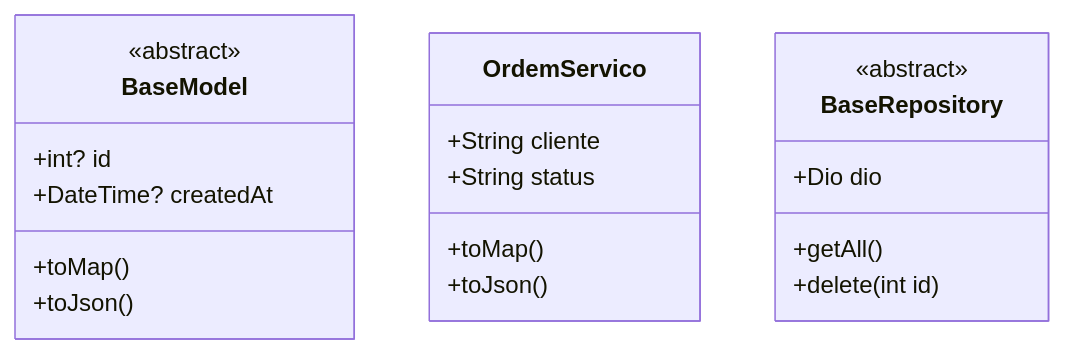
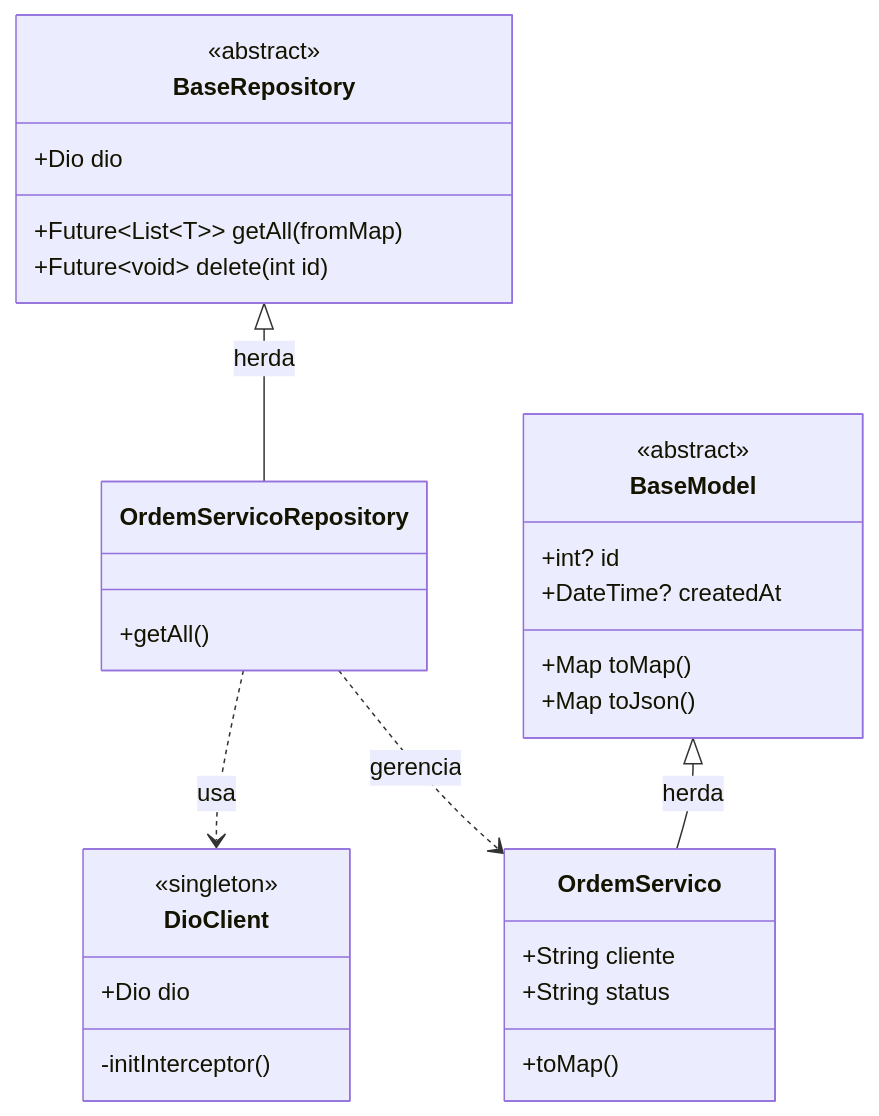
Before and after one commit to Diegonunes7/ads5-20261-serviceflow: the first of 3 diagrams in README.md, drawn with Mermaid. The commit also changed other lines of this file, not shown here.

First line of the commit message:
Revise class and component diagrams in README

````diff
--- a/README.md
+++ b/README.md
@@ -111,22 +111,39 @@
 ```mermaid
 classDiagram
+    %% Core
     class BaseModel {
         <<abstract>>
         +int? id
         +DateTime? createdAt
-        +toMap()
-        +toJson()
+        +Map toMap()
+        +Map toJson()
     }
+    class BaseRepository {
+        <<abstract>>
+        +Dio dio
+        +Future~List~T~~ getAll(fromMap)
+        +Future~void~ delete(int id)
+    }
+    class DioClient {
+        <<singleton>>
+        +Dio dio
+        -initInterceptor()
+    }
+
+    %% Features (Concretas)
     class OrdemServico {
         +String cliente
         +String status
         +toMap()
-        +toJson()
     }
-    class BaseRepository {
-        <<abstract>>
-        +Dio dio
+    class OrdemServicoRepository {
         +getAll()
-        +delete(int id)
     }
- ```   
+
+    %% Relacionamentos
+    BaseModel <|-- OrdemServico : herda
+    BaseRepository <|-- OrdemServicoRepository : herda
+    OrdemServicoRepository ..> DioClient : usa
+    OrdemServicoRepository ..> OrdemServico : gerencia
+
+```
````
